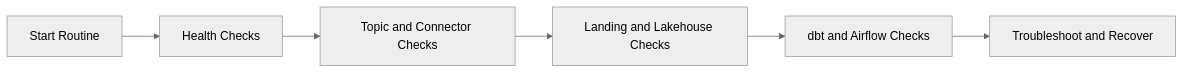
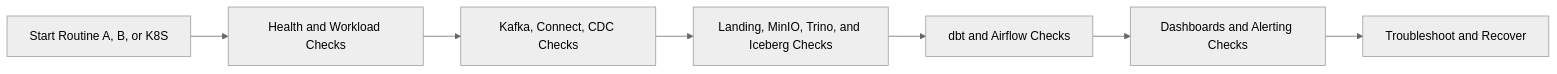
The second of 2 diagrams in docs/runbook.md (paulchen8206/Full-Stack-Modern-Data-Architecture-and-Engineering), drawn with Mermaid (neutral theme) before and after one commit. The commit also changed other lines of this file and 18 other files, not shown here.

````diff
--- a/docs/runbook.md
+++ b/docs/runbook.md
@@ -54,8 +63,9 @@
 ```mermaid
 flowchart LR
-  START[Start Routine] --> HEALTH[Health Checks]
-  HEALTH --> TOPICS[Topic and Connector Checks]
-  TOPICS --> LANDING[Landing and Lakehouse Checks]
-  LANDING --> DBT[dbt and Airflow Checks]
-  DBT --> TROUBLESHOOT[Troubleshoot and Recover]
+  START[Start Routine A, B, or K8S] --> HEALTH[Health and Workload Checks]
+  HEALTH --> STREAM[Kafka, Connect, CDC Checks]
+  STREAM --> STORAGE[Landing, MinIO, Trino, and Iceberg Checks]
+  STORAGE --> TRANSFORM[dbt and Airflow Checks]
+  TRANSFORM --> OBS[Dashboards and Alerting Checks]
+  OBS --> TROUBLESHOOT[Troubleshoot and Recover]
 ```
````
